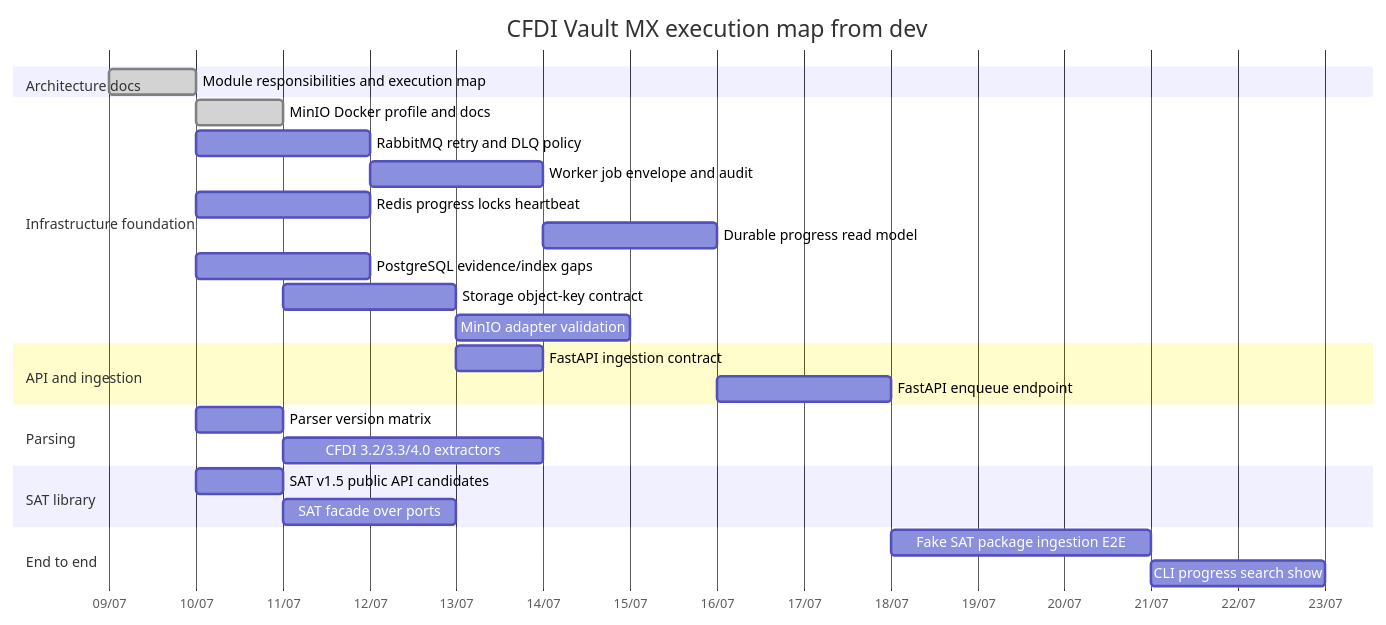
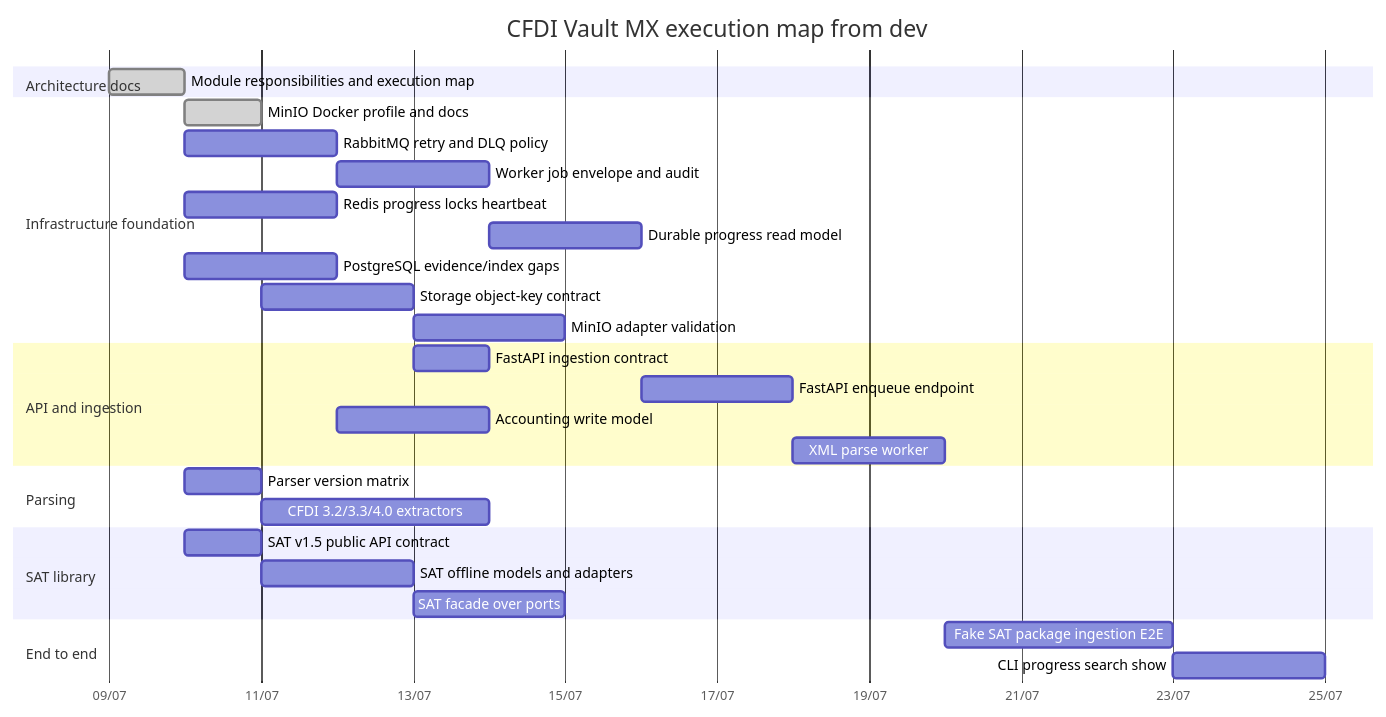
The diagram in docs/planning/architecture-execution-plan.md (Crls8a/cfdi-vault-mx), drawn with Mermaid before and after one commit. The commit also changed other lines of this file and 3 other files, not shown here.

Commit message:
docs(planning): align rollout dependency graph

````diff
--- a/docs/planning/architecture-execution-plan.md
+++ b/docs/planning/architecture-execution-plan.md
@@ -27,35 +27,38 @@
 ```mermaid
 gantt
     title CFDI Vault MX execution map from dev
     dateFormat  YYYY-MM-DD
     axisFormat  %d/%m
 
     section Architecture docs
     Module responsibilities and execution map :done, docs-map, 2026-07-09, 1d
 
     section Infrastructure foundation
     MinIO Docker profile and docs        :done, minio-profile, after docs-map, 1d
     RabbitMQ retry and DLQ policy        :queue, after docs-map, 2d
     Worker job envelope and audit        :queue-worker, after queue db, 2d
     Redis progress locks heartbeat       :redis, after docs-map, 2d
     Durable progress read model          :redis-read, after redis queue-worker, 2d
     PostgreSQL evidence/index gaps       :db, after docs-map, 2d
     Storage object-key contract          :storage, after minio-profile, 2d
     MinIO adapter validation             :storage-minio, after storage, 2d
 
     section API and ingestion
     FastAPI ingestion contract           :api-contract, after storage queue redis db, 1d
     FastAPI enqueue endpoint             :api-impl, after api-contract queue-worker redis-read, 2d
+    Accounting write model               :db-write, after db parser-impl, 2d
+    XML parse worker                      :xml-worker, after api-impl parser-impl, 2d
 
     section Parsing
     Parser version matrix                :parser-plan, after docs-map, 1d
     CFDI 3.2/3.3/4.0 extractors          :parser-impl, after parser-plan, 3d
 
     section SAT library
-    SAT v1.5 public API candidates       :lib-plan, after docs-map, 1d
-    SAT facade over ports                :lib-facade, after lib-plan, 2d
+    SAT v1.5 public API contract         :lib-plan, after docs-map, 1d
+    SAT offline models and adapters      :lib-models, after lib-plan, 2d
+    SAT facade over ports                :lib-facade, after lib-models, 2d
 
     section End to end
-    Fake SAT package ingestion E2E       :e2e, after queue redis db api-impl parser-impl, 3d
+    Fake SAT package ingestion E2E       :e2e, after storage queue-worker redis-read db-write api-impl parser-impl xml-worker, 3d
     CLI progress search show             :cli, after e2e, 2d
 ```
````
